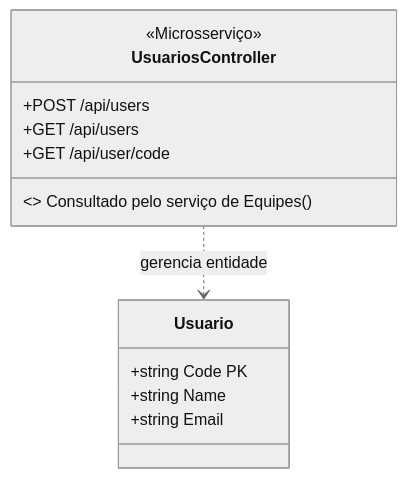
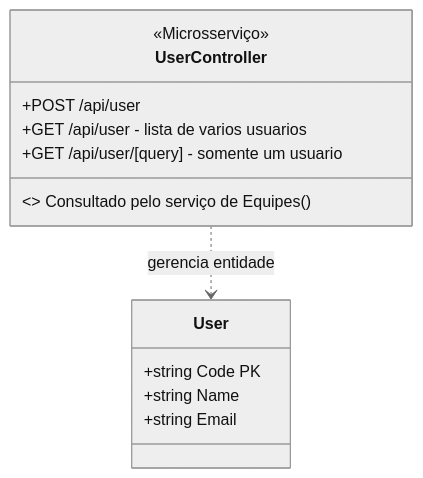
The second of 7 diagrams in README.md (thales-vaz-sousa/Branchstorm), drawn with Mermaid (neutral theme) before and after one commit. The commit also changed other lines of this file and 7 other files, not shown here.

````diff
--- a/README.md
+++ b/README.md
@@ -83,18 +83,18 @@
 ```mermaid
 classDiagram
-    class UsuariosController {
+    class UserController {
         <<Microsserviço>>
-        +POST /api/users
-        +GET /api/users
-        +GET /api/user/code
+        +POST /api/user
+        +GET /api/user - lista de varios usuarios
+        +GET /api/user/[query] - somente um usuario
         <<Integração>> Consultado pelo serviço de Equipes ()
     }
 
-    class Usuario {
+    class User {
         +string Code PK
         +string Name
         +string Email
     }
 
-    UsuariosController ..> Usuario : gerencia entidade
+    UserController ..> User : gerencia entidade
 ```
````
